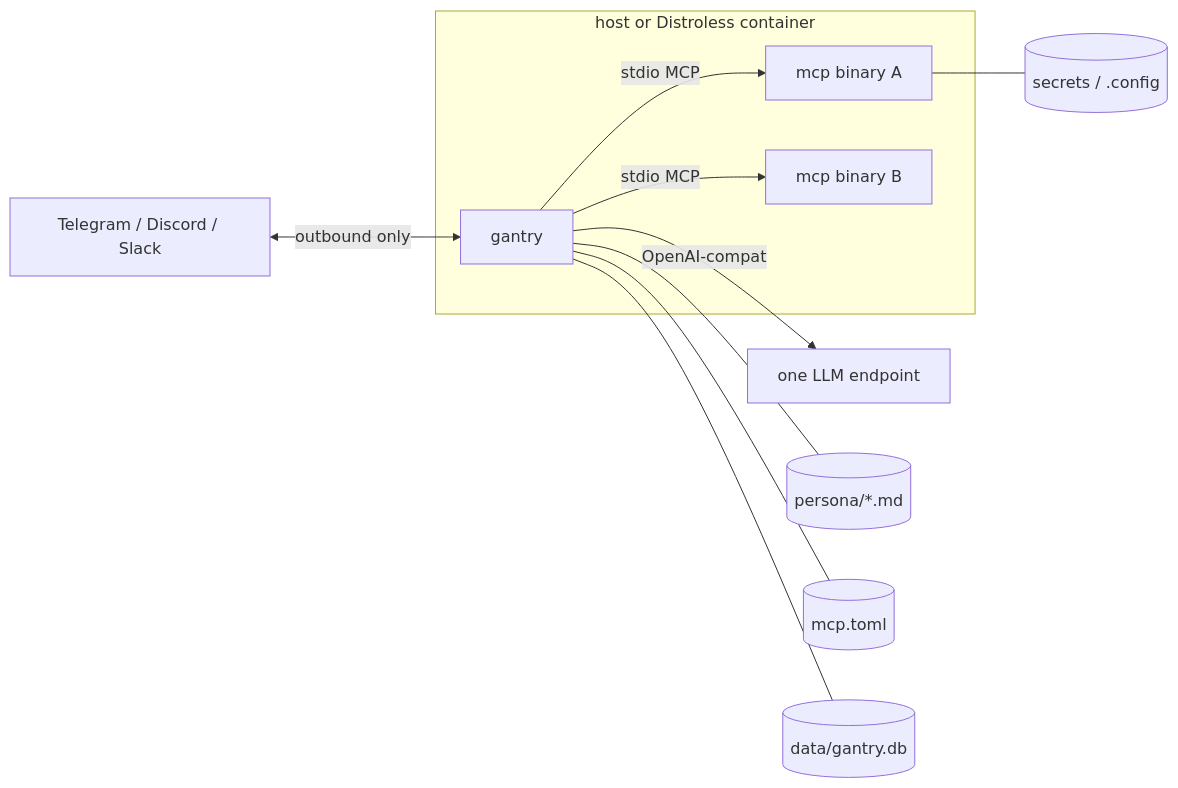
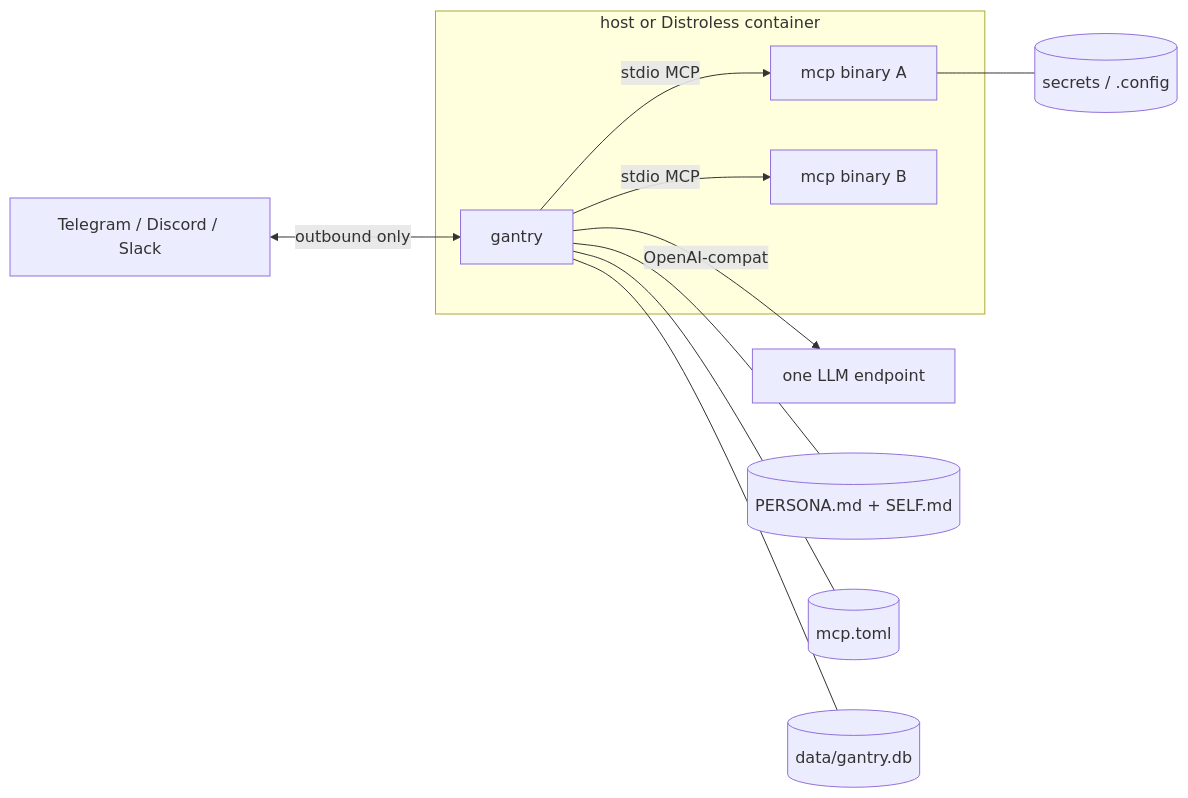
One commit to shotah/ai-gantry changed the first of 8 diagrams in docs/architecture.md. Above: the diagram before and after it, drawn with Mermaid. The commit also changed other lines of this file and 98 other files, not shown here.

````diff
--- a/docs/architecture.md
+++ b/docs/architecture.md
@@ -10,18 +11,18 @@
 ```mermaid
 flowchart LR
   CH[Telegram / Discord / Slack] <-->|outbound only| K
 
   subgraph Host["host or Distroless container"]
     K[gantry]
     M1[mcp binary A]
     M2[mcp binary B]
     K -->|stdio MCP| M1
     K -->|stdio MCP| M2
   end
 
   K -->|OpenAI-compat| LLM[one LLM endpoint]
-  K --- P[("persona/*.md")]
+  K --- P[("PERSONA.md + SELF.md")]
   K --- MF[("mcp.toml")]
   K --- D[("data/gantry.db")]
   M1 --- S[("secrets / .config")]
 ```
````
